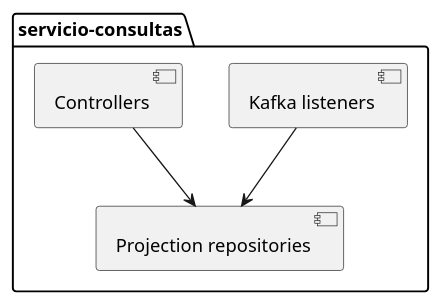
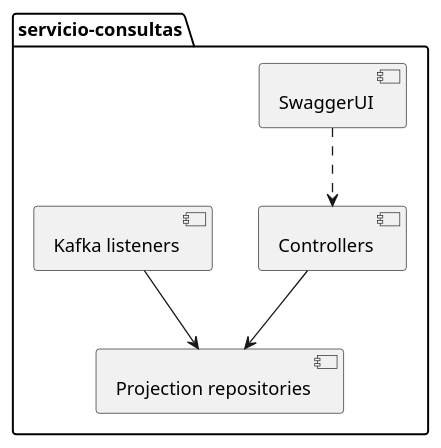
The diagram in servicio-consultas/docs/uml/local/component/consultas_component.puml (msamia/rrhh), drawn with PlantUML before and after one commit. The commit also changed 21 other files, not shown here.

```diff
--- a/servicio-consultas/docs/uml/local/component/consultas_component.puml
+++ b/servicio-consultas/docs/uml/local/component/consultas_component.puml
@@ -1,6 +1,7 @@
 @startuml
 package "servicio-consultas" {
+  [SwaggerUI] ..> [Controllers]
   [Kafka listeners] --> [Projection repositories]
   [Controllers] --> [Projection repositories]
 }
 @enduml
```
